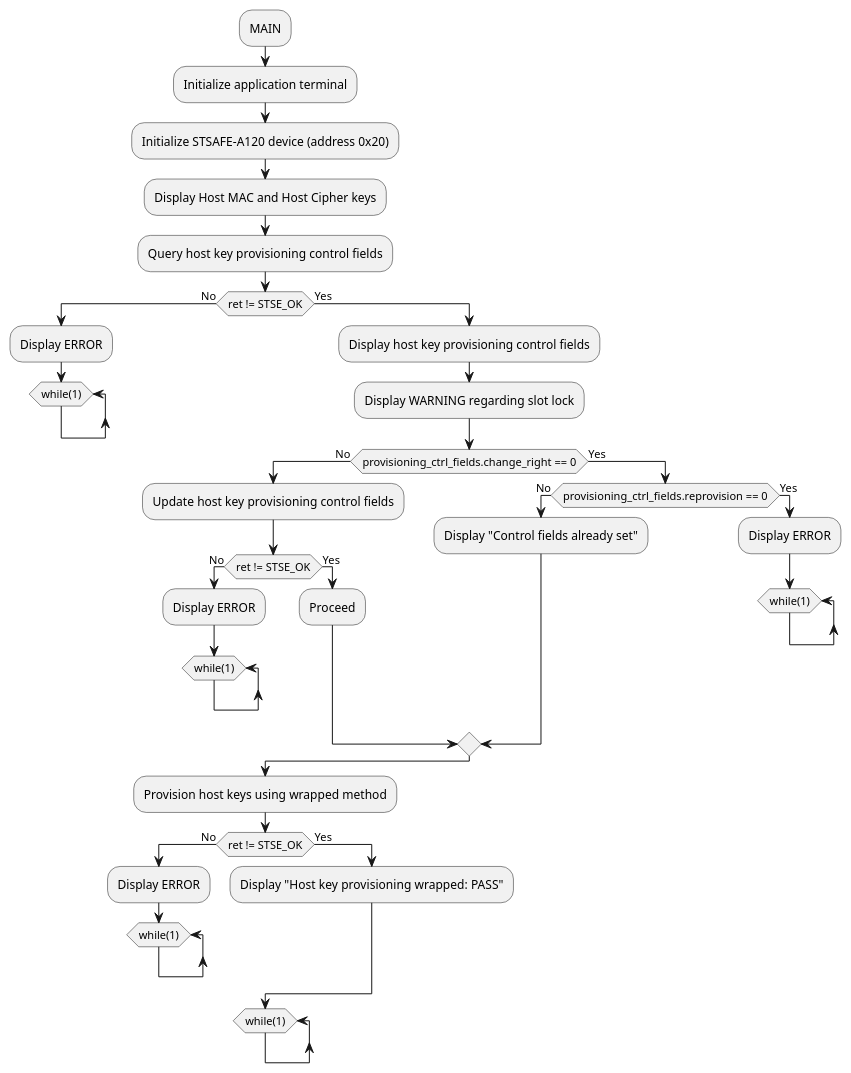
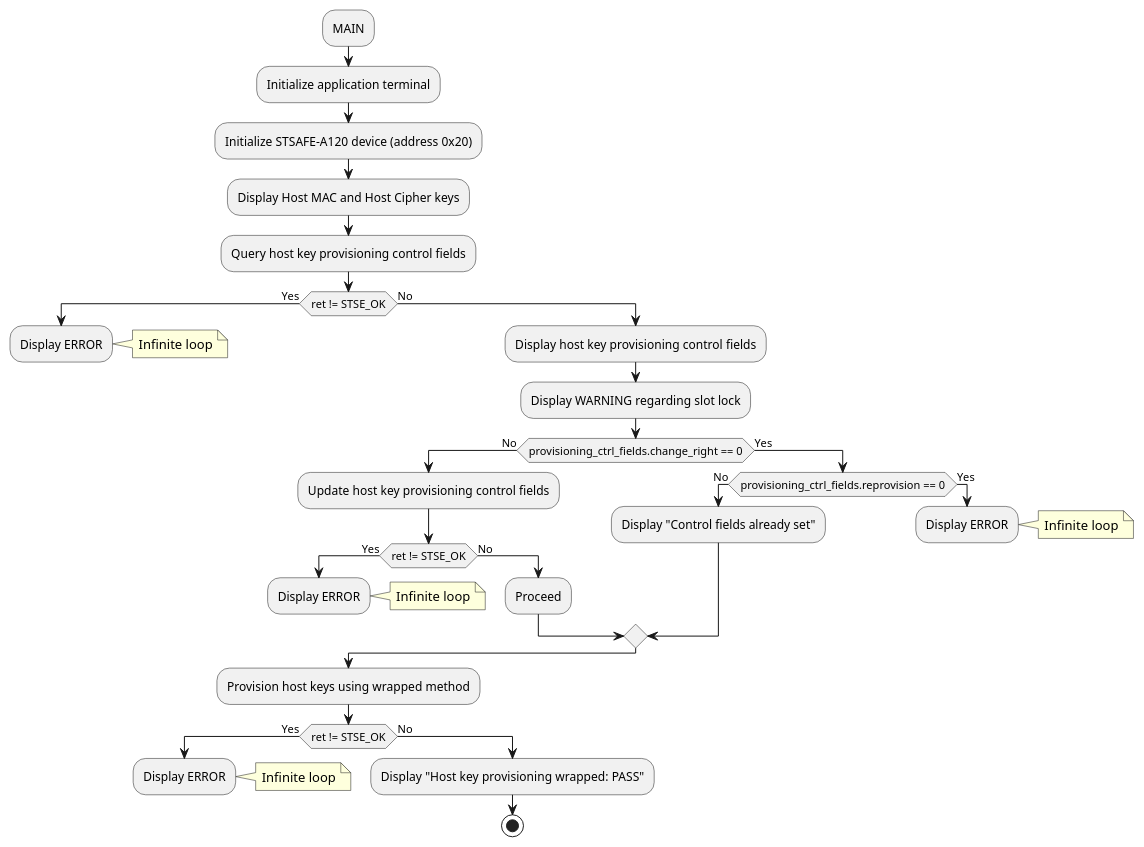
Before and after one commit to Grom-perso/STSAFE-A120_examples_dev: the diagram in Documentation/resources/Markdown/03_Project_examples_description/Host_key_provisioning_wrapped/STSAFE-A120_Host_key_provisioning_wrapped.md, drawn with PlantUML. The commit also changed other lines of this file and 23 other files, not shown here.

```diff
--- a/Documentation/resources/Markdown/03_Project_examples_description/Host_key_provisioning_wrapped/STSAFE-A120_Host_key_provisioning_wrapped.md
+++ b/Documentation/resources/Markdown/03_Project_examples_description/Host_key_provisioning_wrapped/STSAFE-A120_Host_key_provisioning_wrapped.md
@@ -11,53 +14,46 @@
 @startuml "STSAFE-A120_Host_key_provisioning_wrapped Example flowchart" width=5cm
 	:MAIN;
 	:Initialize application terminal;
 	:Initialize STSAFE-A120 device (address 0x20);
 	:Display Host MAC and Host Cipher keys;
 	:Query host key provisioning control fields;
-	if(ret != STSE_OK) then (No)
+	if(ret != STSE_OK) then (Yes)
 		:Display ERROR;
-		while (while(1))
-		end while
+		note right: Infinite loop
 		-[hidden]->
 		detach
-	else (Yes)
+	else (No)
 		:Display host key provisioning control fields;
 		:Display WARNING regarding slot lock;
 		if(provisioning_ctrl_fields.change_right == 0) then (No)
 			:Update host key provisioning control fields;
-			if(ret != STSE_OK) then (No)
+			if(ret != STSE_OK) then (Yes)
 				:Display ERROR;
-				while (while(1))
-				end while
+				note right: Infinite loop
 				-[hidden]->
 				detach
-			else (Yes)
+			else (No)
 				:Proceed;
 			endif
 		else (Yes)
 			if(provisioning_ctrl_fields.reprovision == 0) then (No)
 				:Display "Control fields already set";
 			else (Yes)
 				:Display ERROR;
-				while (while(1))
-				end while
+				note right: Infinite loop
 				-[hidden]->
 				detach
 			endif
 		endif
 	endif
 	:Provision host keys using wrapped method;
-	if(ret != STSE_OK) then (No)
+	if(ret != STSE_OK) then (Yes)
 		:Display ERROR;
-		while (while(1))
-		end while
+		note right: Infinite loop
 		-[hidden]->
 		detach
-	else (Yes)
+	else (No)
 		:Display "Host key provisioning wrapped: PASS";
+		stop
 	endif
-	while (while(1))
-	end while
-	-[hidden]->
-	detach
 @enduml
```
